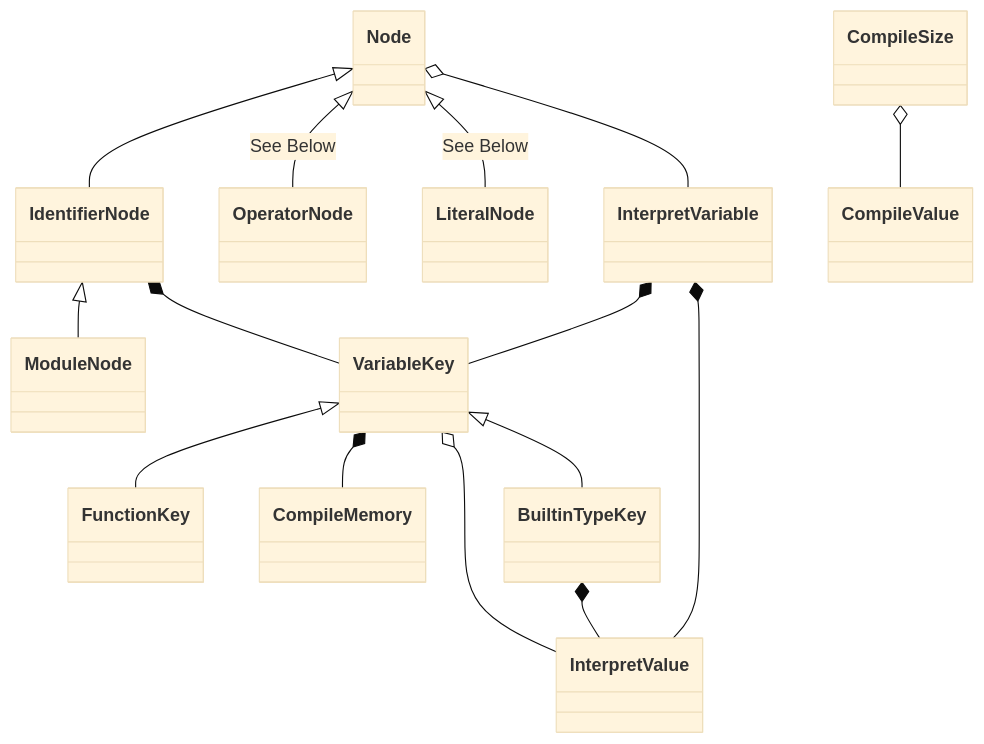
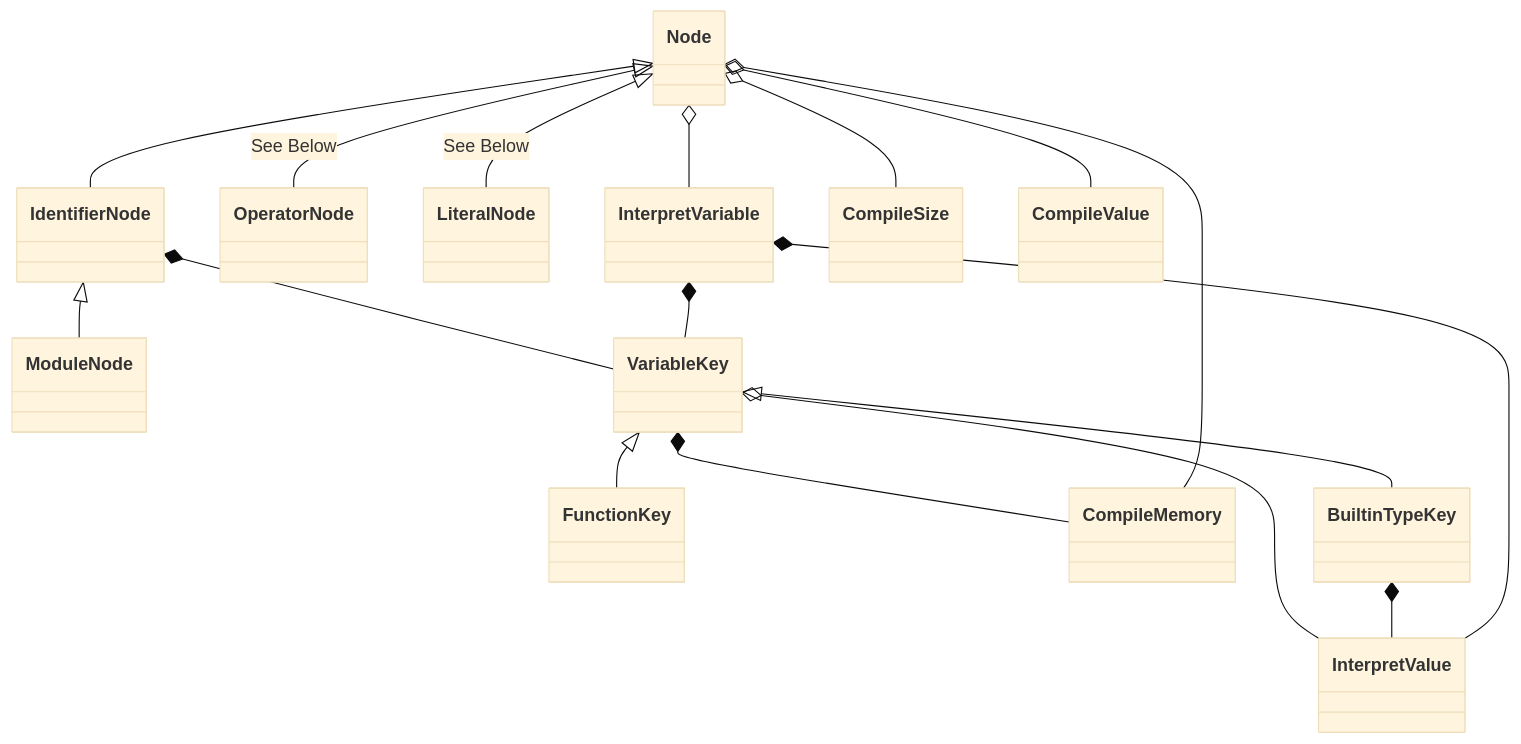
Before and after one commit to Jzhyang1/Monomer: the first of 4 diagrams in README.md, drawn with Mermaid (base theme). The commit also changed other lines of this file, not shown here.

Commit message:
README.md updated from https://stackedit.io/

````diff
--- a/README.md
+++ b/README.md
@@ -239,17 +239,19 @@
 ```mermaid
 classDiagram
 Node <|-- IdentifierNode
 Node <|-- OperatorNode: See Below
 Node <|-- LiteralNode: See Below
 Node o-- InterpretVariable
 IdentifierNode <|-- ModuleNode
 IdentifierNode *-- VariableKey
 VariableKey <|-- FunctionKey
 VariableKey *-- CompileMemory
 VariableKey o-- InterpretValue
 VariableKey <|-- BuiltinTypeKey
 BuiltinTypeKey *-- InterpretValue
 InterpretVariable *-- InterpretValue
 InterpretVariable *-- VariableKey
-CompileSize o-- CompileValue
+Node o-- CompileMemory
+Node o-- CompileSize
+Node o-- CompileValue
 ```
````
